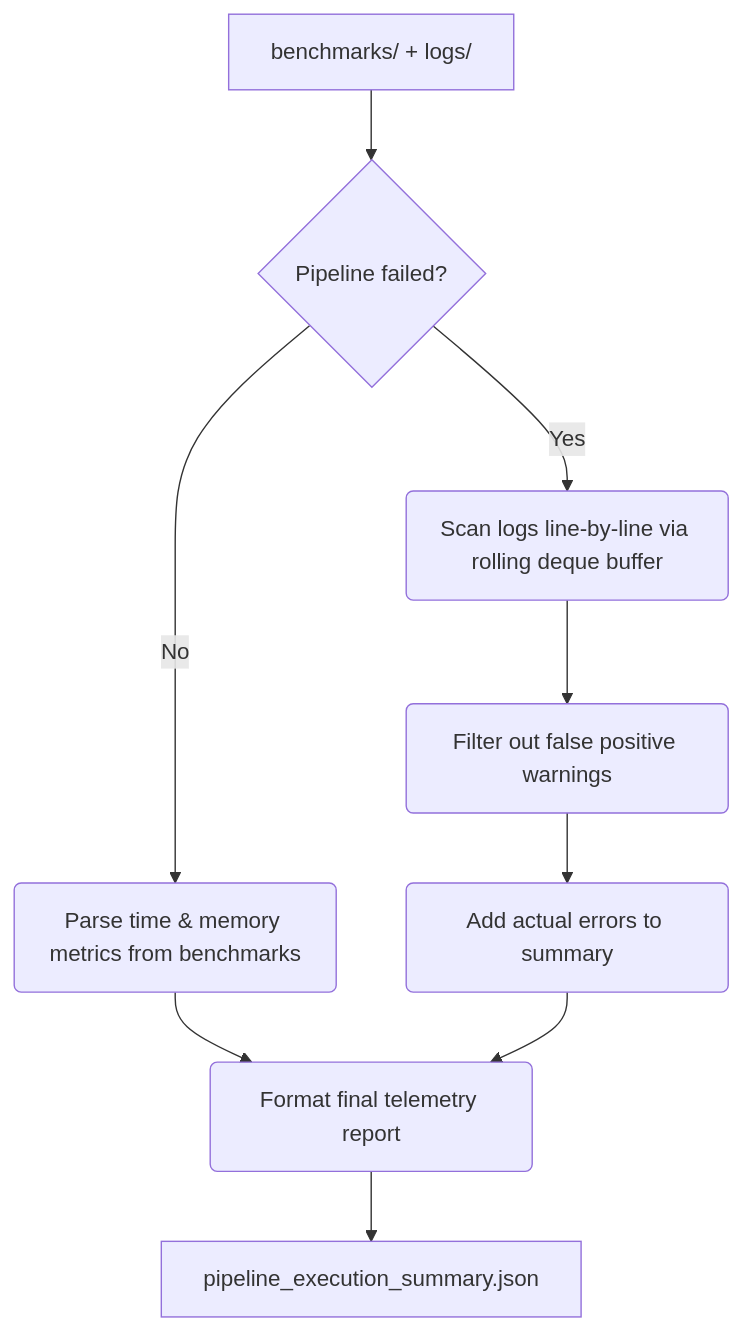
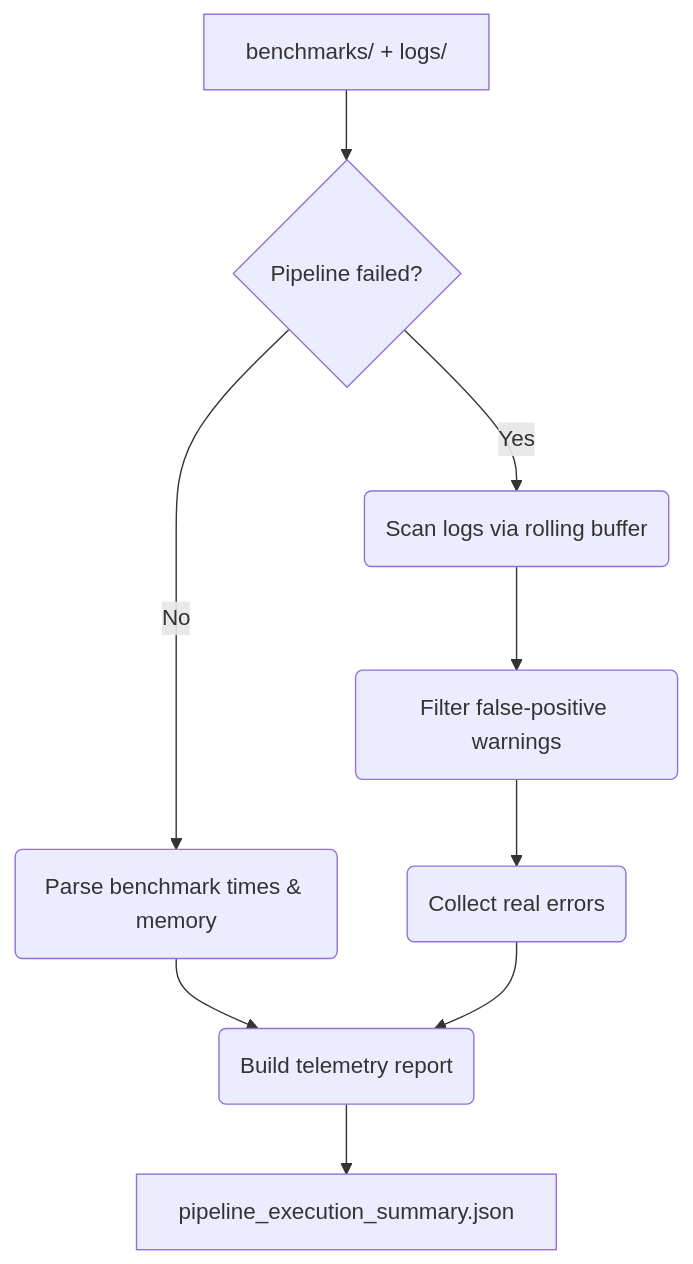
One commit to BDB-Genomics/bdb-rnaseq changed the sixth of 7 diagrams in rules/scripts/README.md. Above: the diagram before and after it, drawn with Mermaid. The commit also changed other lines of this file, not shown here.

````diff
--- a/rules/scripts/README.md
+++ b/rules/scripts/README.md
@@ -152,11 +146,11 @@
 ```mermaid
 graph TD
     A[benchmarks/ + logs/] --> B{Pipeline failed?}
-    B -- Yes --> C(Scan logs line-by-line via rolling deque buffer)
-    C --> D(Filter out false positive warnings)
-    D --> E(Add actual errors to summary)
-    B -- No --> F(Parse time & memory metrics from benchmarks)
-    F --> G(Format final telemetry report)
+    B -- Yes --> C(Scan logs via rolling buffer)
+    C --> D(Filter false-positive warnings)
+    D --> E(Collect real errors)
+    B -- No --> F(Parse benchmark times & memory)
+    F --> G(Build telemetry report)
     E --> G
     G --> H[pipeline_execution_summary.json]
 ```
````
